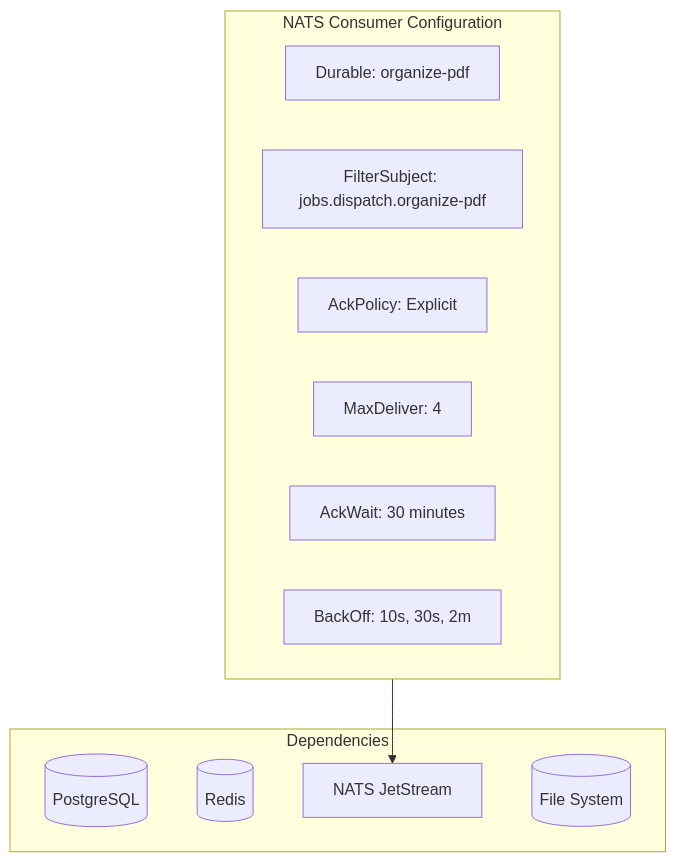
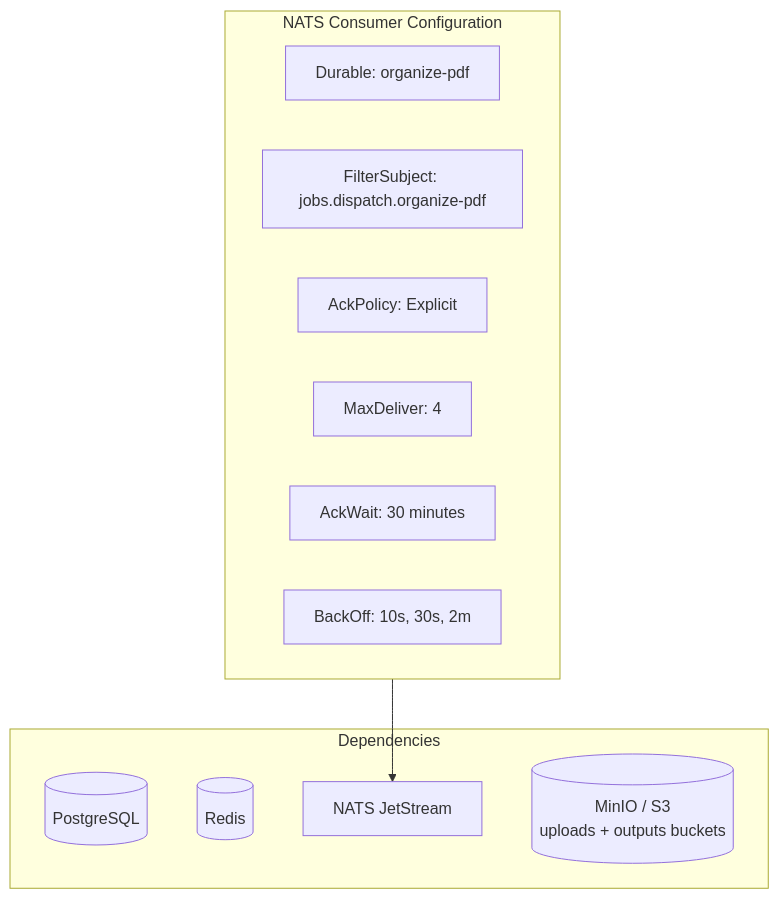
One commit to Prachidubey2003/fyredocs_backend changed the third of 3 diagrams in docs/developer/mermaid/service-organize-pdf-architecture.md. Above: the diagram before and after it, drawn with Mermaid. The commit also changed other lines of this file and 84 other files, not shown here.

````diff
--- a/docs/developer/mermaid/service-organize-pdf-architecture.md
+++ b/docs/developer/mermaid/service-organize-pdf-architecture.md
@@ -110,20 +116,20 @@
 ```mermaid
 graph TD
     subgraph ConsumerConfig["NATS Consumer Configuration"]
         A["Durable: organize-pdf"]
         B["FilterSubject: jobs.dispatch.organize-pdf"]
         C["AckPolicy: Explicit"]
         D["MaxDeliver: 4"]
         E["AckWait: 30 minutes"]
         F["BackOff: 10s, 30s, 2m"]
     end
 
     subgraph Dependencies
         PG[(PostgreSQL)]
         Redis[(Redis)]
         NATS["NATS JetStream"]
-        Disk[(File System)]
+        S3[("MinIO / S3<br/>uploads + outputs buckets")]
     end
 
     ConsumerConfig --> NATS
 ```
````
